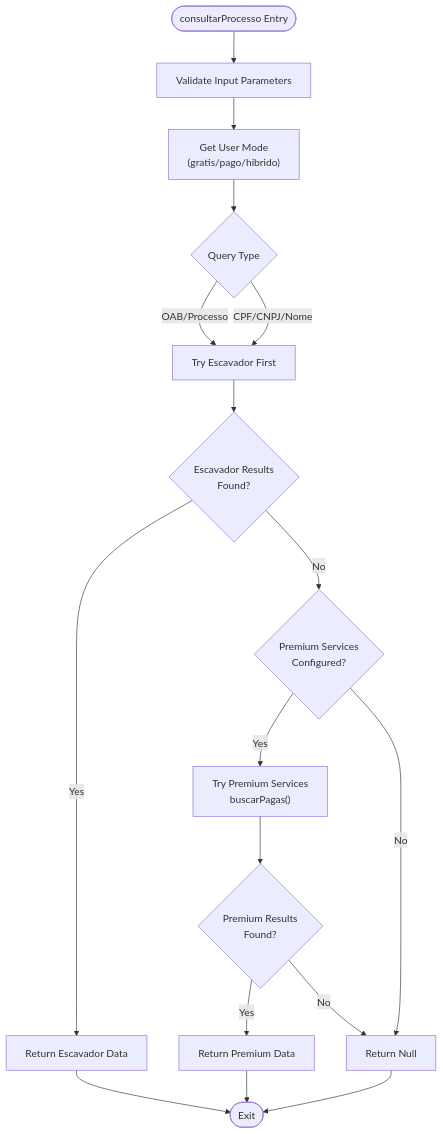
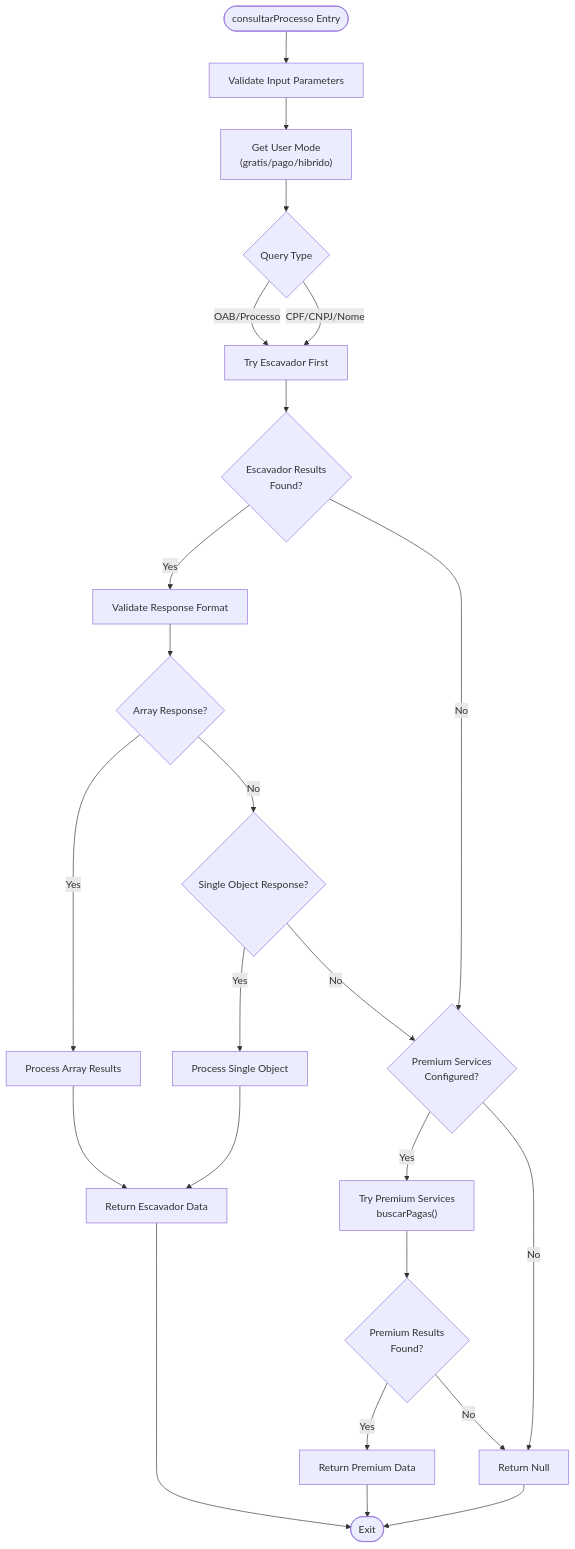
The third of 13 diagrams in .qoder/repowiki/en/content/API Integration Layer/API Integration Layer.md (Alexandrexicara/bot-processos), drawn with Mermaid before and after one commit. The commit also changed other lines of this file and 5 other files, not shown here.

````diff
--- a/.qoder/repowiki/en/content/API Integration Layer/API Integration Layer.md
+++ b/.qoder/repowiki/en/content/API Integration Layer/API Integration Layer.md
@@ -213,19 +220,26 @@
 ```mermaid
 flowchart TD
 Start([consultarProcesso Entry]) --> ValidateInput["Validate Input Parameters"]
 ValidateInput --> GetMode["Get User Mode<br/>(gratis/pago/hibrido)"]
 GetMode --> CheckType{"Query Type"}
 CheckType --> |OAB/Processo| EscavadorFirst["Try Escavador First"]
 CheckType --> |CPF/CNPJ/Nome| EscavadorFirst
 EscavadorFirst --> EscavadorSuccess{"Escavador Results<br/>Found?"}
-EscavadorSuccess --> |Yes| ReturnEscavador["Return Escavador Data"]
-EscavadorSuccess --> |No| PremiumCheck{"Premium Services<br/>Configured?"}
+EscavadorSuccess --> |Yes| ValidateResponse["Validate Response Format"]
+ValidateResponse --> ArrayCheck{"Array Response?"}
+ArrayCheck --> |Yes| ArrayProcess["Process Array Results"]
+ArrayProcess --> ReturnEscavador["Return Escavador Data"]
+ArrayCheck --> |No| ObjectCheck{"Single Object Response?"}
+ObjectCheck --> |Yes| ObjectProcess["Process Single Object"]
+ObjectProcess --> ReturnEscavador
+ObjectCheck --> |No| PremiumCheck{"Premium Services<br/>Configured?"}
+EscavadorSuccess --> |No| PremiumCheck
 PremiumCheck --> |Yes| PremiumFirst["Try Premium Services<br/>buscarPagas()"]
 PremiumCheck --> |No| ReturnNull["Return Null"]
 PremiumFirst --> PremiumSuccess{"Premium Results<br/>Found?"}
 PremiumSuccess --> |Yes| ReturnPremium["Return Premium Data"]
 PremiumSuccess --> |No| ReturnNull
 ReturnEscavador --> End([Exit])
 ReturnPremium --> End
 ReturnNull --> End
 ```
````
